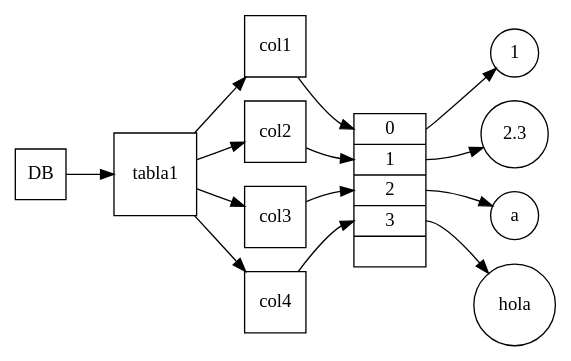
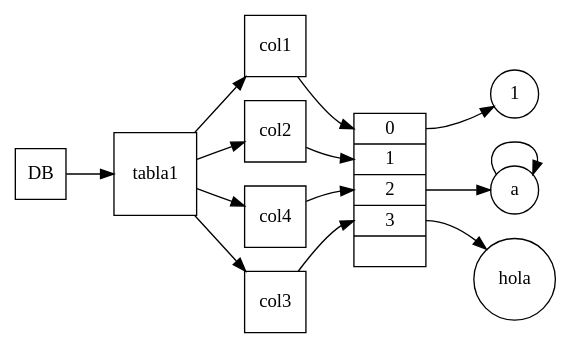
One commit to Yeferal/EstructuraDBGT changed the diagram in tablaDatos.dot. Above: the diagram before and after it, drawn with Graphviz. The commit also changed 39 other files, not shown here.

```diff
--- a/tablaDatos.dot
+++ b/tablaDatos.dot
@@ -1,24 +1,24 @@
 digraph G {
 DB ->tabla1;
 node [shape=record];
 node0 [label = "<f1> 0 | <f2> 1 | <f3> 2 | <f4> 3 |"] 
 tabla1->col1;
 col1[ shape=square];
 col1 -> node0:f1;
 tabla1->col2;
 col2[ shape=square];
 col2 -> node0:f2;
 tabla1->col3;
 col3[ shape=square];
-col3 -> node0:f3;
+col3 -> node0:f4;
 tabla1->col4;
 col4[ shape=square];
-col4 -> node0:f4;
+col4 -> node0:f3;
 node [shape = circle];node0: f1 -> 1;
-node0: f2 -> 2.3;
 node0: f3 -> a;
+a ->a;
 node0: f4 -> hola;
 rankdir=LR;
 tabla1[ shape=square];
 DB[ shape=square];
 }
```
